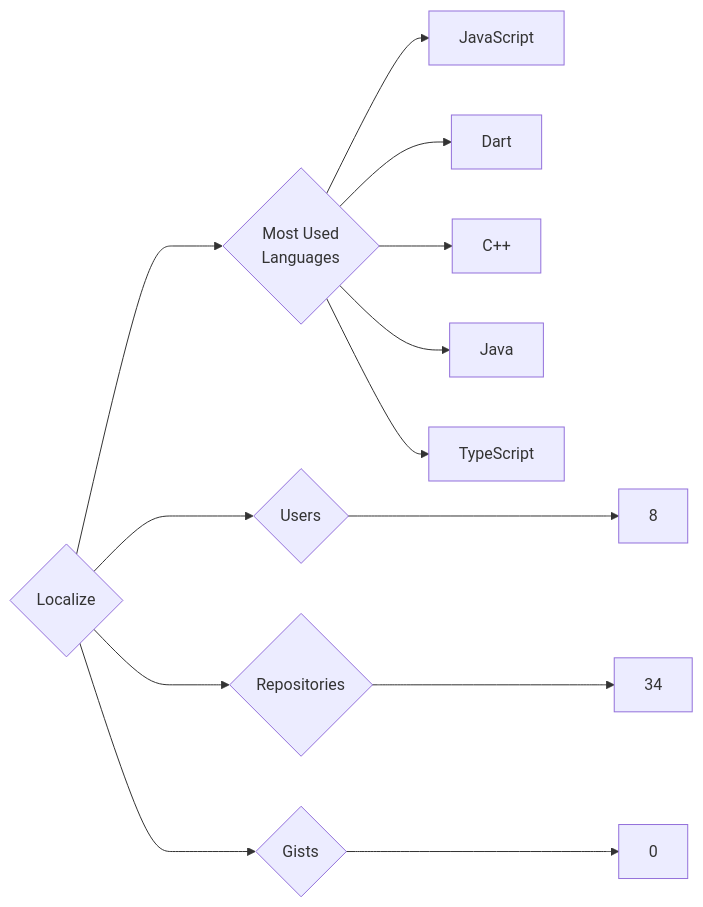
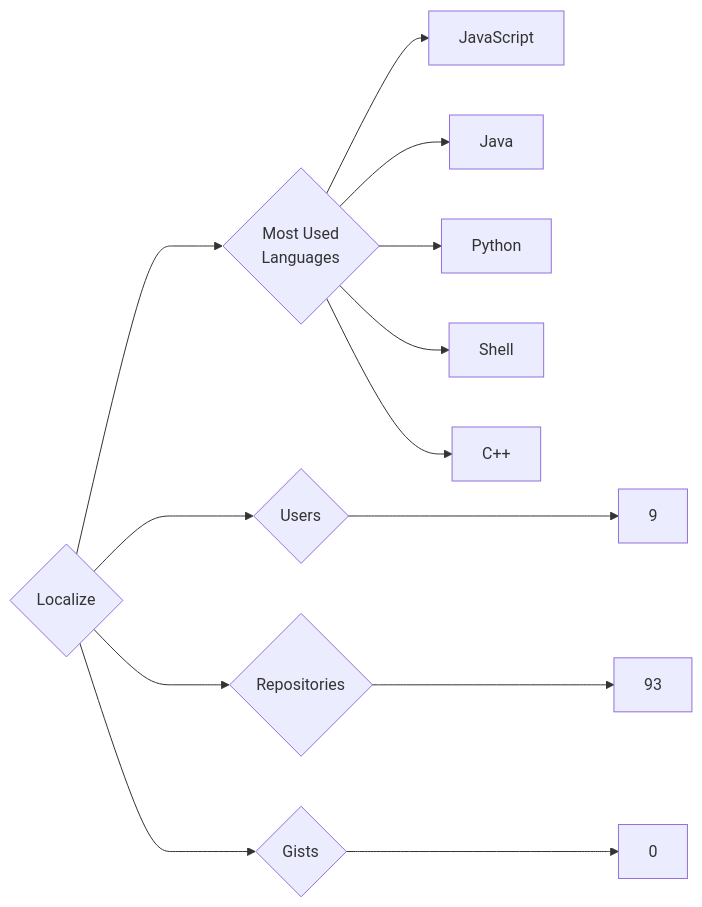
Before and after one commit to trickest/insiders: the diagram in targets/Localize/README.md, drawn with Mermaid. The commit also changed 900 other files, not shown here.

````diff
--- a/targets/Localize/README.md
+++ b/targets/Localize/README.md
@@ -3,13 +3,13 @@
 ```mermaid
 graph LR
 COMPANY_NAME{Localize}
-COMPANY_NAME ---> U{Users} ---> UN[8]
-COMPANY_NAME ---> R{Repositories} ---> RN[34]
+COMPANY_NAME ---> U{Users} ---> UN[9]
+COMPANY_NAME ---> R{Repositories} ---> RN[93]
 COMPANY_NAME ---> G{Gists} ---> GN[0]
 COMPANY_NAME ---> ML{Most Used<br>Languages}
 ML --> JavaScript[JavaScript]
-ML --> Dart[Dart]
+ML --> Java[Java]
+ML --> Python[Python]
+ML --> Shell[Shell]
 ML --> C++[C++]
-ML --> Java[Java]
-ML --> TypeScript[TypeScript]
 ```
````
